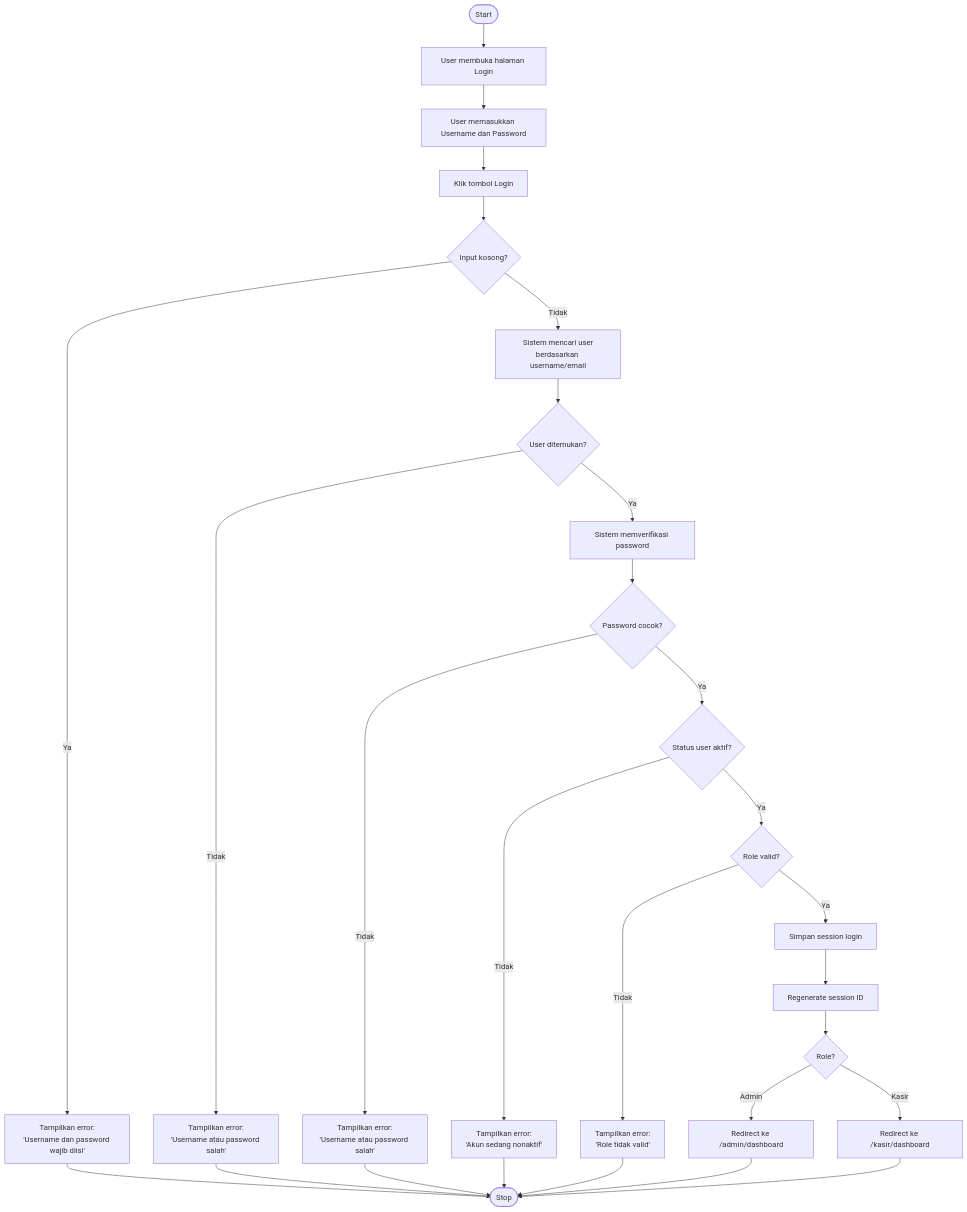
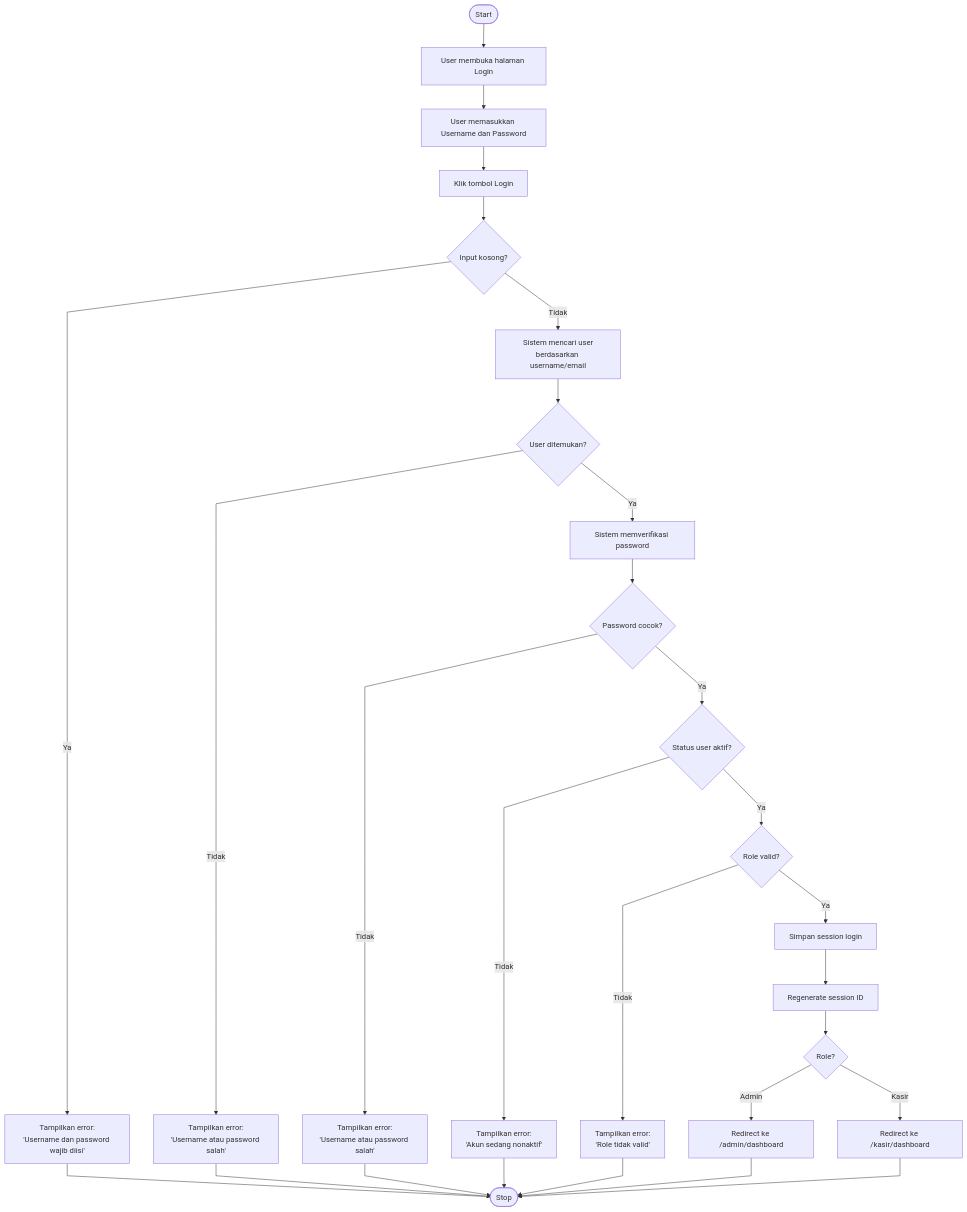
Before and after one commit to wiistore/fix-project: the diagram in docs/activity-diagram-login.md, drawn with Mermaid. The commit also changed 5 other files, not shown here.

Commit message:
docs: set garis flowchart jadi lurus (curve: linear)

````diff
--- a/docs/activity-diagram-login.md
+++ b/docs/activity-diagram-login.md
@@ -3,42 +3,43 @@
 ```mermaid
+%%{ init: { 'flowchart': { 'curve': 'linear' } } }%%
 flowchart TD
     A([Start]) --> B[User membuka halaman Login]
     B --> C[User memasukkan Username dan Password]
     C --> D[Klik tombol Login]
     D --> E{Input kosong?}
 
     E -->|Ya| F[Tampilkan error:<br/>'Username dan password wajib diisi']
     F --> Z([Stop])
 
     E -->|Tidak| G[Sistem mencari user<br/>berdasarkan username/email]
     G --> H{User ditemukan?}
 
     H -->|Tidak| I[Tampilkan error:<br/>'Username atau password salah']
     I --> Z
 
     H -->|Ya| J[Sistem memverifikasi password]
     J --> K{Password cocok?}
 
     K -->|Tidak| L[Tampilkan error:<br/>'Username atau password salah']
     L --> Z
 
     K -->|Ya| M{Status user aktif?}
 
     M -->|Tidak| N[Tampilkan error:<br/>'Akun sedang nonaktif']
     N --> Z
 
     M -->|Ya| O{Role valid?}
 
     O -->|Tidak| P[Tampilkan error:<br/>'Role tidak valid']
     P --> Z
 
     O -->|Ya| Q[Simpan session login]
     Q --> R[Regenerate session ID]
     R --> S{Role?}
 
     S -->|Admin| T[Redirect ke /admin/dashboard]
     S -->|Kasir| U[Redirect ke /kasir/dashboard]
 
     T --> Z
     U --> Z
 ```
````
